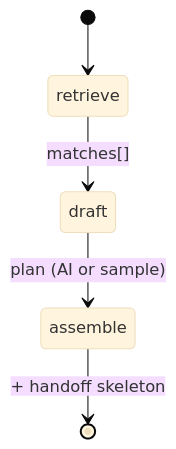
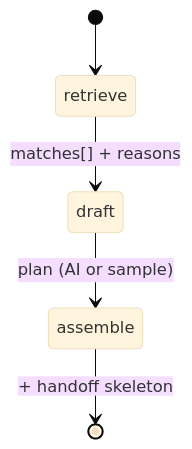
One commit to anupsahoo/revenueos changed the third of 3 diagrams in README.md. Above: the diagram before and after it, drawn with Mermaid (base theme). The commit also changed other lines of this file and 18 other files, not shown here.

````diff
--- a/README.md
+++ b/README.md
@@ -107,7 +121,7 @@
 ```mermaid
 stateDiagram-v2
   [*] --> retrieve
-  retrieve --> draft: matches[]
+  retrieve --> draft: matches[] + reasons
   draft --> assemble: plan (AI or sample)
   assemble --> [*]: + handoff skeleton
 ```
````
